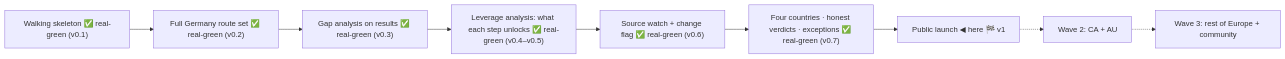
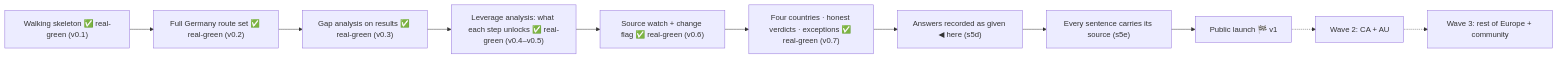
The diagram in KANBAN.md (OytunOnal/permit-rulebook), drawn with Mermaid before and after one commit. The commit also changed other lines of this file and 1 other file, not shown here.

Commit message:
s5e approved and queued behind s5d; board and diagram brought current

````diff
--- a/KANBAN.md
+++ b/KANBAN.md
@@ -8,11 +8,13 @@
 ```mermaid
 flowchart LR
     A["Walking skeleton ✅ real-green (v0.1)"] --> B["Full Germany route set ✅ real-green (v0.2)"]
     B --> C["Gap analysis on results ✅ real-green (v0.3)"]
     C --> C2["Leverage analysis: what each step unlocks ✅ real-green (v0.4–v0.5)"]
     C2 --> D["Source watch + change flag ✅ real-green (v0.6)"]
     D --> E["Four countries · honest verdicts · exceptions ✅ real-green (v0.7)"]
-    E --> F["Public launch ◀ here 🏁 v1"]
+    E --> E2["Answers recorded as given ◀ here (s5d)"]
+    E2 --> E3["Every sentence carries its source (s5e)"]
+    E3 --> F["Public launch 🏁 v1"]
     F -.-> G["Wave 2: CA + AU"]
     G -.-> H["Wave 3: rest of Europe + community"]
 ```
````
